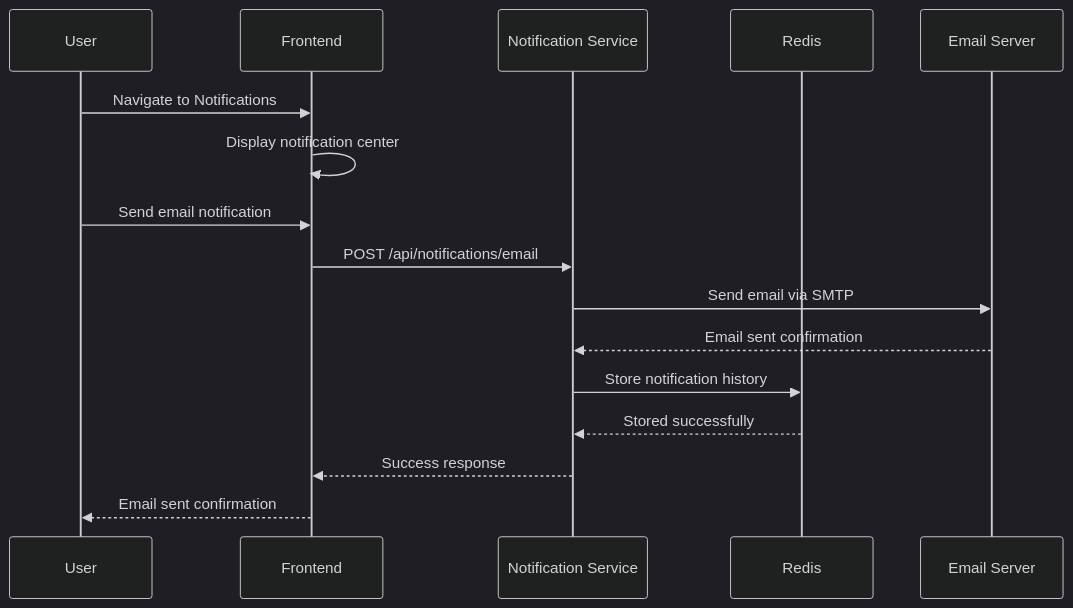
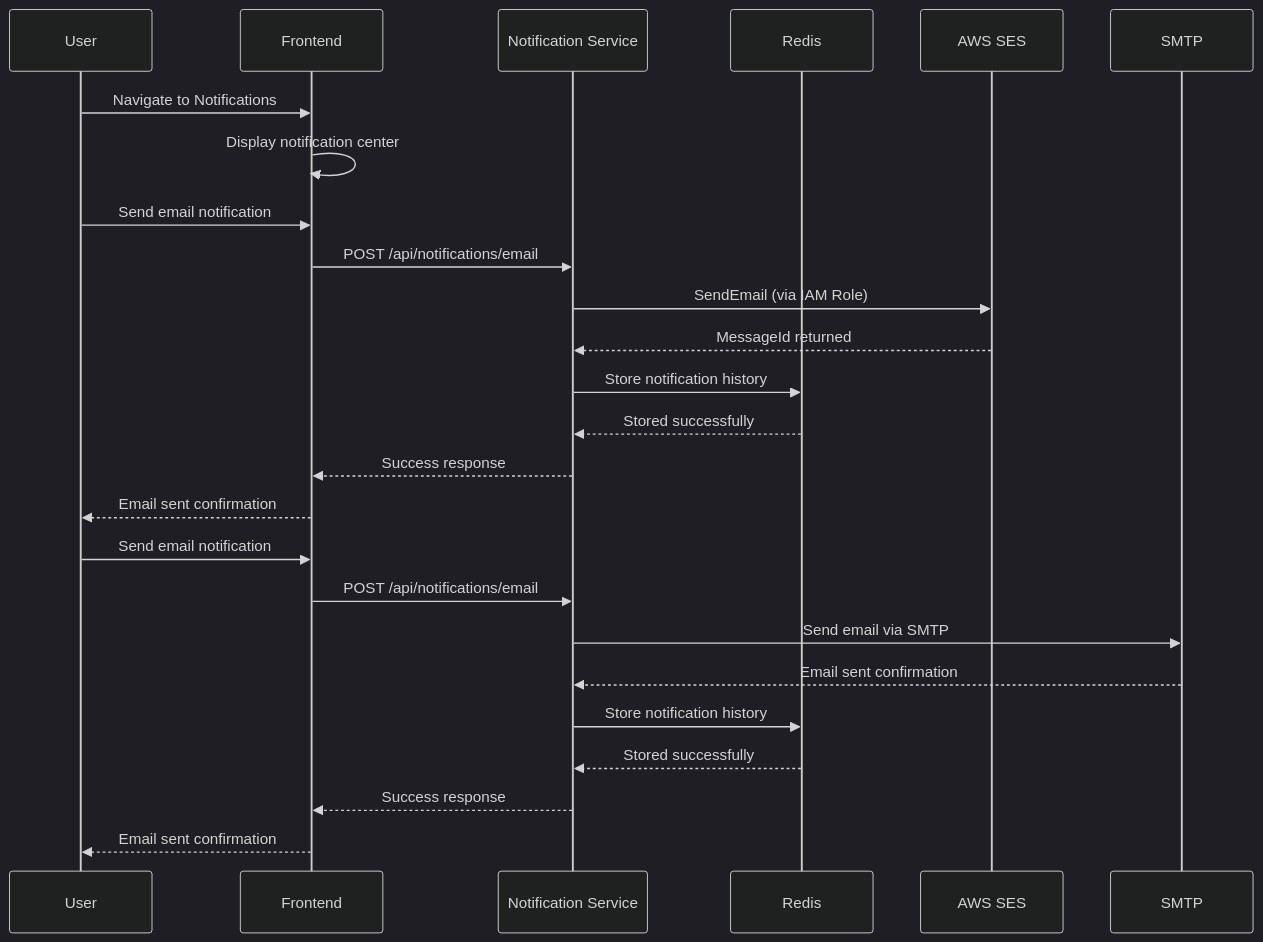
One commit to avizway1/task-management-eks-demo changed the third of 3 diagrams in README.md. Above: the diagram before and after it, drawn with Mermaid (dark theme). The commit also changed other lines of this file and 25 other files, not shown here.

````diff
--- a/README.md
+++ b/README.md
@@ -141,19 +191,27 @@
 ```mermaid
 sequenceDiagram
     participant U as User
     participant F as Frontend
     participant NS as Notification Service
     participant R as Redis
-    participant SMTP as Email Server
+    participant SES as AWS SES
     
     U->>F: Navigate to Notifications
     F->>F: Display notification center
+    U->>F: Send email notification
+    F->>NS: POST /api/notifications/email
+    NS->>SES: SendEmail (via IAM Role)
+    SES-->>NS: MessageId returned
+    NS->>R: Store notification history
+    R-->>NS: Stored successfully
+    NS-->>F: Success response
+    F-->>U: Email sent confirmation
     U->>F: Send email notification
     F->>NS: POST /api/notifications/email
     NS->>SMTP: Send email via SMTP
     SMTP-->>NS: Email sent confirmation
     NS->>R: Store notification history
     R-->>NS: Stored successfully
     NS-->>F: Success response
     F-->>U: Email sent confirmation
 ```
````
